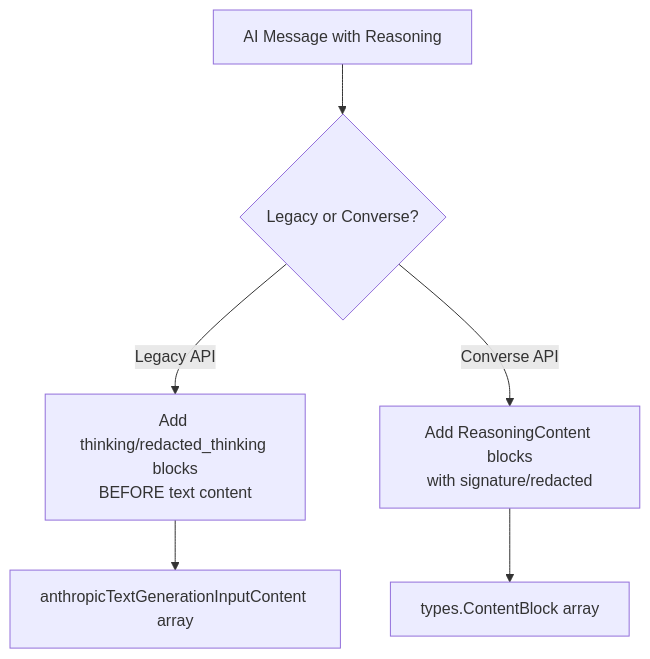
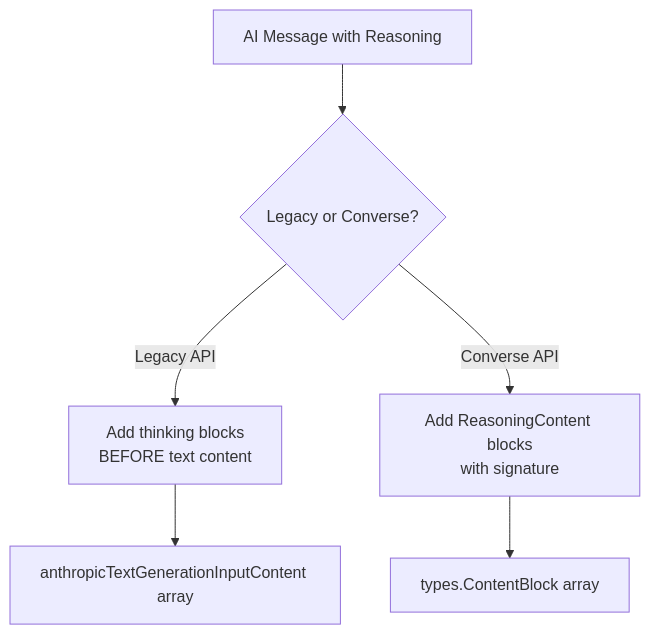
The fourth of 5 diagrams in llms/bedrock/README.md (tmc/langchaingo), drawn with Mermaid before and after one commit. The commit also changed other lines of this file and 88 other files, not shown here.

````diff
--- a/llms/bedrock/README.md
+++ b/llms/bedrock/README.md
@@ -204,8 +206,8 @@
 ```mermaid
 flowchart TB
     A[AI Message with Reasoning] --> B{Legacy or Converse?}
-    B -->|Legacy API| C[Add thinking/redacted_thinking blocks<br/>BEFORE text content]
-    B -->|Converse API| D[Add ReasoningContent blocks<br/>with signature/redacted]
+    B -->|Legacy API| C[Add thinking blocks<br/>BEFORE text content]
+    B -->|Converse API| D[Add ReasoningContent blocks<br/>with signature]
     C --> E[anthropicTextGenerationInputContent array]
     D --> F[types.ContentBlock array]
 ```
````
